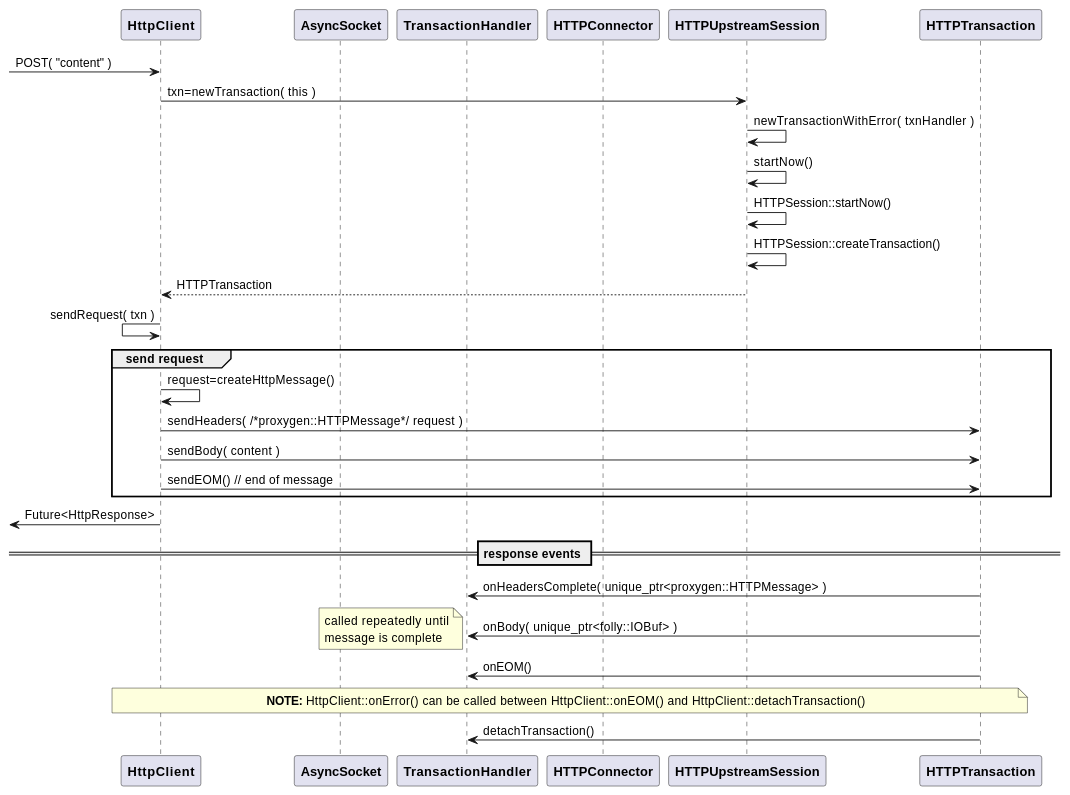
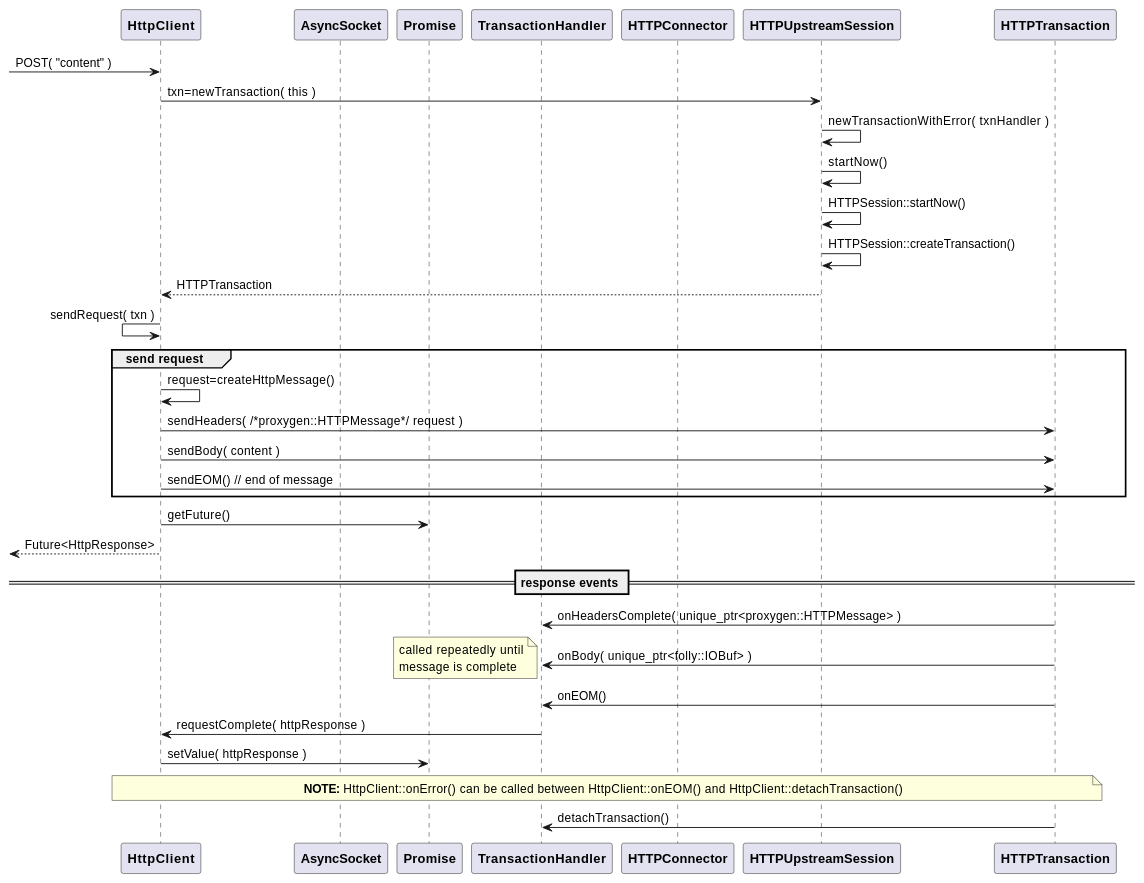
One commit to patrickhallinan/hello-proxygen changed the third of 4 diagrams in doc/http-client.adoc. Above: the diagram before and after it, drawn with PlantUML. The commit also changed other lines of this file and 2 other files, not shown here.

```diff
--- a/doc/http-client.adoc
+++ b/doc/http-client.adoc
@@ -123,48 +123,53 @@
 [plantuml, "http-client-get.puml", svg]
 ----
 
 participant "**HttpClient**" as HttpClient
 participant "**AsyncSocket**" as AsyncSocket
+participant "**Promise**" as Promise
 participant "**TransactionHandler**" as TransactionHandler
 participant "**HTTPConnector**" as HTTPConnector
 participant "**HTTPUpstreamSession**" as HTTPUpstreamSession
 participant "**HTTPTransaction**" as HTTPTransaction
 
 
 -> HttpClient : POST( "content" )
 HttpClient -> HTTPUpstreamSession : txn=newTransaction( this )
 HTTPUpstreamSession -> HTTPUpstreamSession : newTransactionWithError( txnHandler )
 HTTPUpstreamSession -> HTTPUpstreamSession : startNow()
 HTTPUpstreamSession -> HTTPUpstreamSession : HTTPSession::startNow()    
 HTTPUpstreamSession -> HTTPUpstreamSession : HTTPSession::createTransaction()
 HTTPUpstreamSession --> HttpClient : HTTPTransaction
 
 HttpClient <- HttpClient : sendRequest( txn )
 
 group send request
     HttpClient -> HttpClient : request=createHttpMessage()
     HttpClient -> HTTPTransaction : sendHeaders( /*proxygen::HTTPMessage*/ request )
     HttpClient -> HTTPTransaction : sendBody( content )
     HttpClient -> HTTPTransaction : sendEOM() // end of message
 end group
 
-<- HttpClient : Future<HttpResponse>
+HttpClient -> Promise : getFuture()
+<-- HttpClient : Future<HttpResponse>
 
 
 == response events ==
 
 HTTPTransaction -> TransactionHandler : onHeadersComplete( unique_ptr<proxygen::HTTPMessage> )
 
 HTTPTransaction -> TransactionHandler : onBody( unique_ptr<folly::IOBuf> )
 note left
     called repeatedly until
     message is complete
 end note
 
 HTTPTransaction -> TransactionHandler : onEOM()
+TransactionHandler -> HttpClient : requestComplete( httpResponse )
+HttpClient -> Promise : setValue( httpResponse )
+
 note across
     **NOTE:** HttpClient::onError() can be called between HttpClient::onEOM() and HttpClient::detachTransaction()
 end note
 
 HTTPTransaction -> TransactionHandler : detachTransaction()
 ----
```
